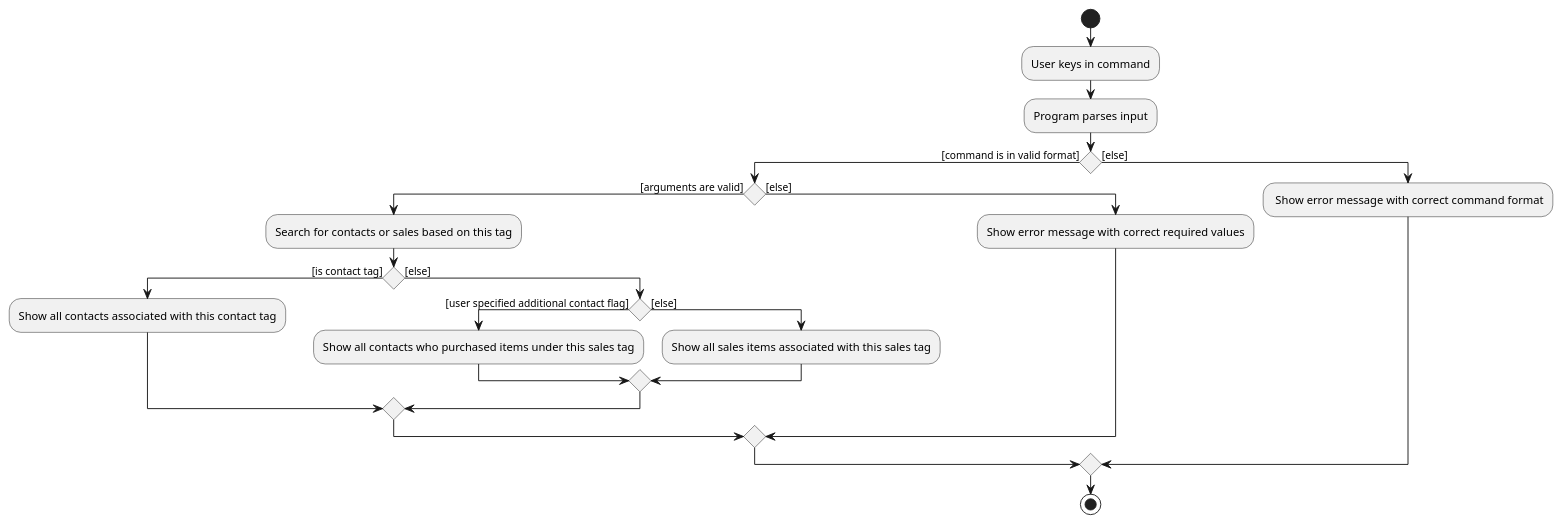
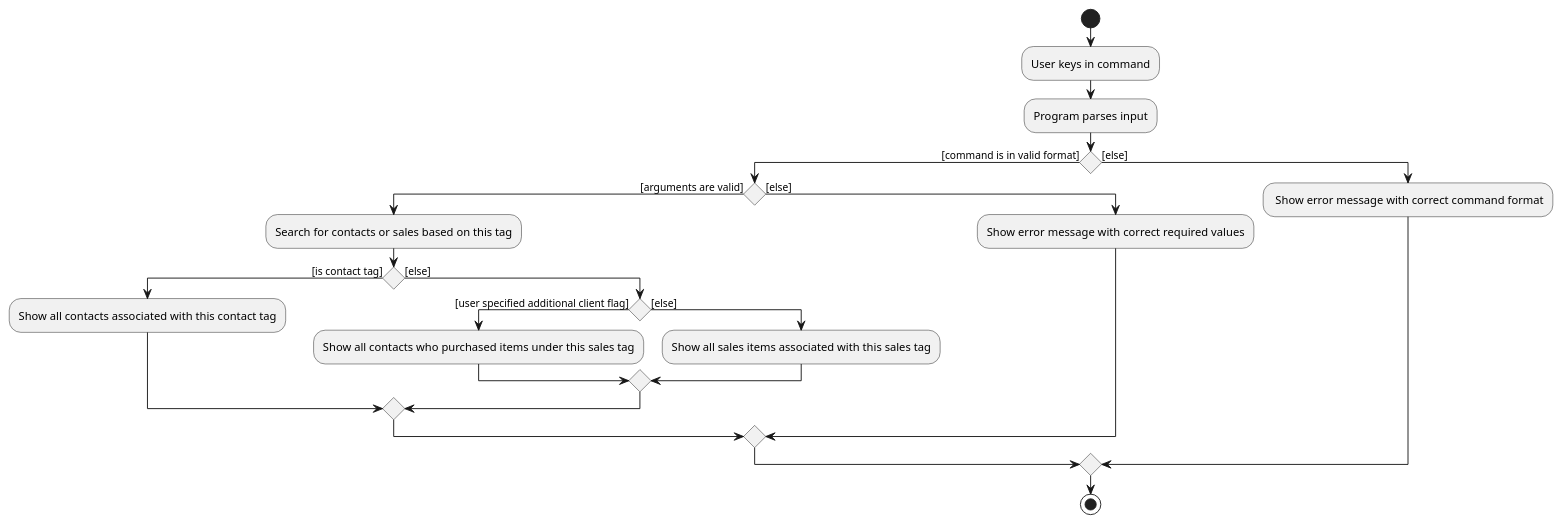
The diagram in docs/diagrams/TagFindActivityDiagram.puml (sebastiantoh/tp), drawn with PlantUML before and after one commit. The commit also changed 12 other files, not shown here.

```diff
--- a/docs/diagrams/TagFindActivityDiagram.puml
+++ b/docs/diagrams/TagFindActivityDiagram.puml
@@ -1,30 +1,30 @@
 @startuml
 start
 :User keys in command;
 
 'Since the beta syntax does not support placing the condition outside the
 'diamond we place it as the true branch instead.
 
 :Program parses input;
 
 if () then ([command is in valid format])
     if () then ([arguments are valid])
         :Search for contacts or sales based on this tag;
         if () then ([is contact tag])
             :Show all contacts associated with this contact tag;
         else ([else])
-            if () then ([user specified additional contact flag])
+            if () then ([user specified additional client flag])
                 :Show all contacts who purchased items under this sales tag;
             else ([else])
                 :Show all sales items associated with this sales tag;
             endif
         endif
     else ([else])
         :Show error message with correct required values;
     endif
 else ([else])
     : Show error message with correct command format;
 endif
 
 stop
 @enduml
```
